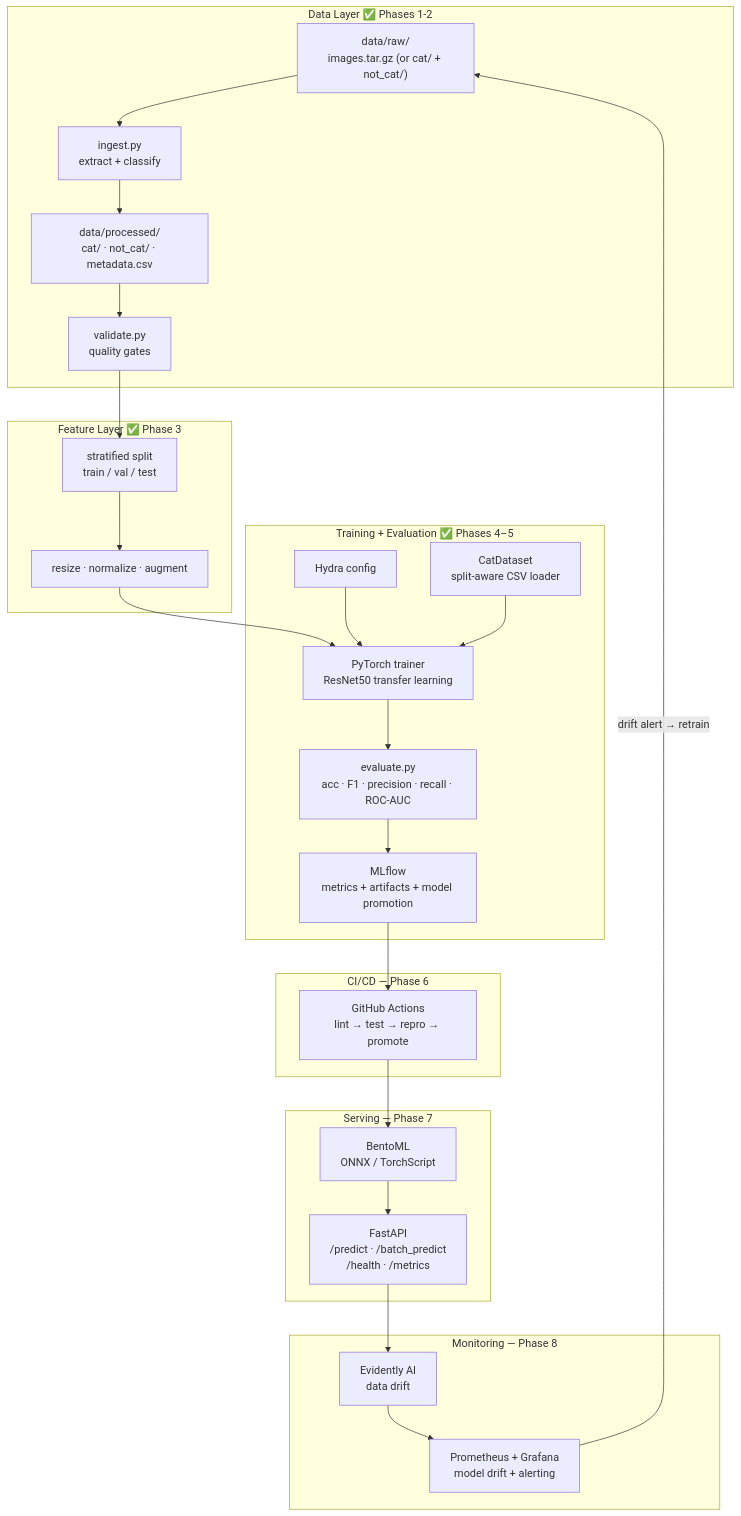
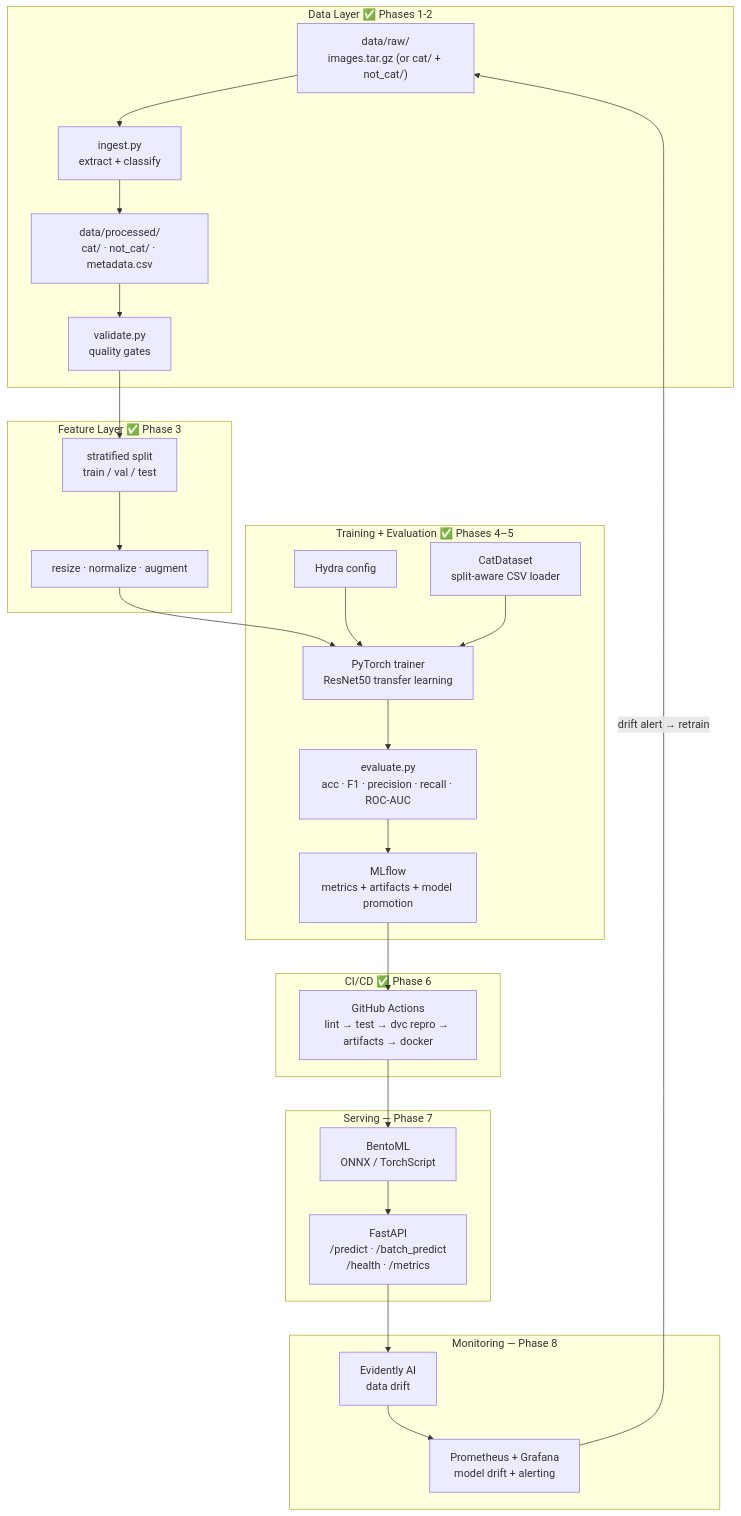
The first of 2 diagrams in docs/Architecture.md (afonsocosta90/purr-duction-pipeline), drawn with Mermaid before and after one commit. The commit also changed other lines of this file and 4 other files, not shown here.

````diff
--- a/docs/Architecture.md
+++ b/docs/Architecture.md
@@ -44,38 +44,38 @@
 ```mermaid
 flowchart TD
     subgraph Data["Data Layer ✅ Phases 1-2"]
         RAW["data/raw/<br/>images.tar.gz (or cat/ + not_cat/)"]
         INGEST["ingest.py<br/>extract + classify"]
         PROC["data/processed/<br/>cat/ · not_cat/ · metadata.csv"]
         VAL["validate.py<br/>quality gates"]
     end
     subgraph Features["Feature Layer ✅ Phase 3"]
         SPLIT["stratified split<br/>train / val / test"]
         FEAT["resize · normalize · augment"]
     end
     subgraph Training["Training + Evaluation ✅ Phases 4–5"]
         HYDRA["Hydra config"]
         DS["CatDataset<br/>split-aware CSV loader"]
         TRAIN["PyTorch trainer<br/>ResNet50 transfer learning"]
         EVAL["evaluate.py<br/>acc · F1 · precision · recall · ROC-AUC"]
         MLFLOW["MLflow<br/>metrics + artifacts + model promotion"]
     end
-    subgraph CICD["CI/CD — Phase 6"]
-        GH["GitHub Actions<br/>lint → test → repro → promote"]
+    subgraph CICD["CI/CD ✅ Phase 6"]
+        GH["GitHub Actions<br/>lint → test → dvc repro → artifacts → docker"]
     end
     subgraph Serving["Serving — Phase 7"]
         BENTO["BentoML<br/>ONNX / TorchScript"]
         API["FastAPI<br/>/predict · /batch_predict<br/>/health · /metrics"]
     end
     subgraph Monitor["Monitoring — Phase 8"]
         EVIDENTLY["Evidently AI<br/>data drift"]
         PROM["Prometheus + Grafana<br/>model drift + alerting"]
     end
     RAW --> INGEST --> PROC --> VAL
     VAL --> SPLIT --> FEAT --> TRAIN
     HYDRA --> TRAIN
     DS --> TRAIN --> EVAL --> MLFLOW
     MLFLOW --> GH --> BENTO --> API
     API --> EVIDENTLY --> PROM
     PROM -->|"drift alert → retrain"| RAW
 ```
````
